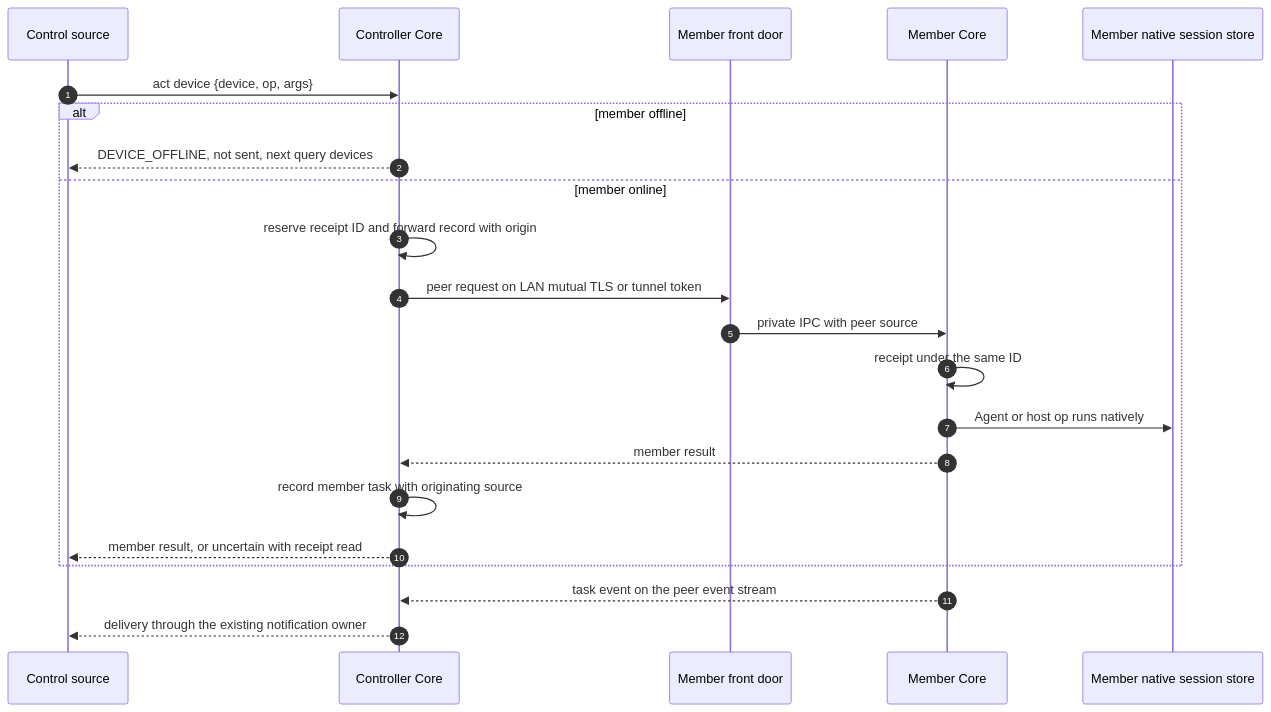
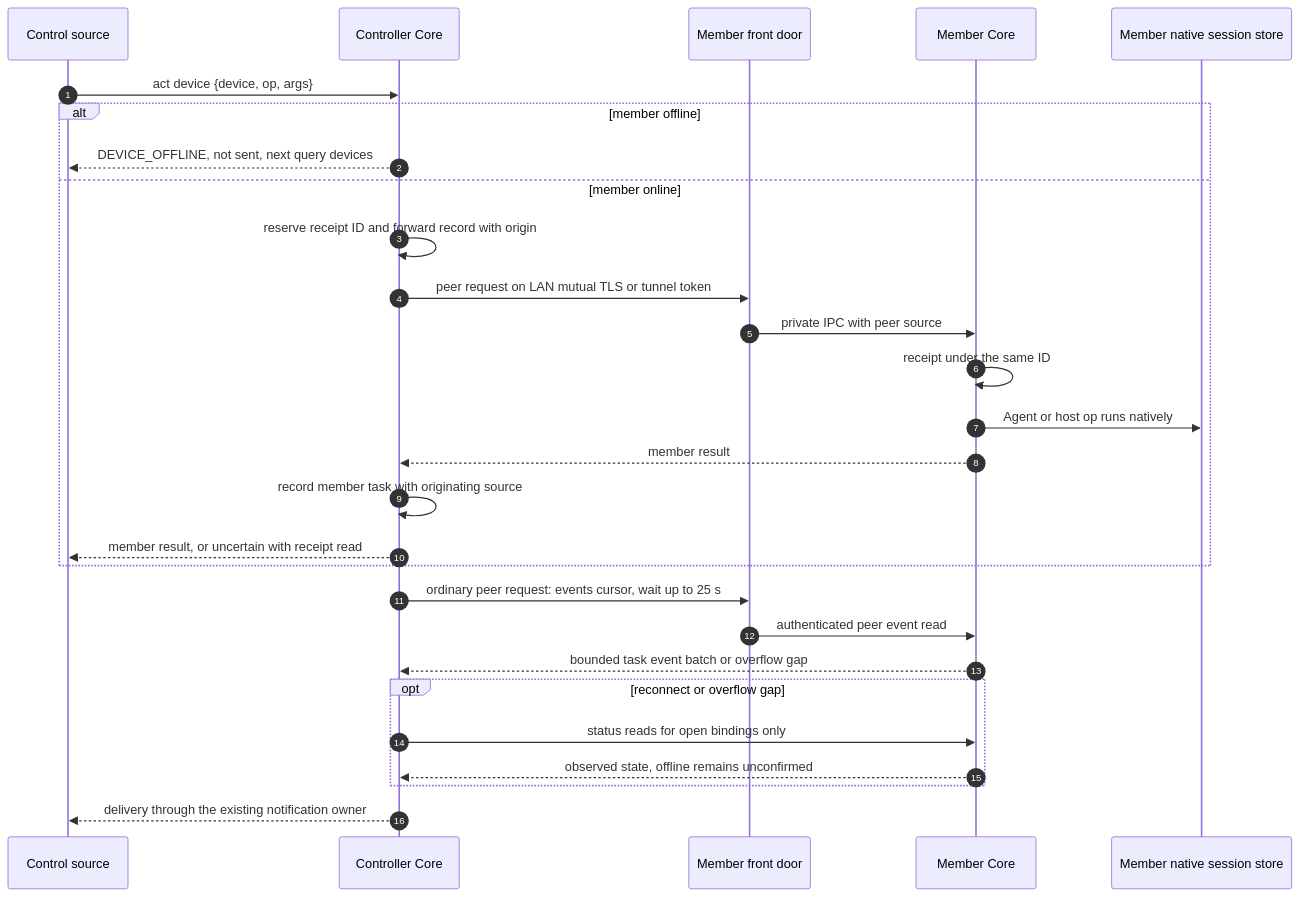
The diagram in arch/mechanisms/device-forward.mmd (whzxc/agent-remote-control), drawn with Mermaid before and after one commit. The commit also changed 19 other files, not shown here.

Commit message:
feat(device-link): deliver member task events through controller

```diff
--- a/arch/mechanisms/device-forward.mmd
+++ b/arch/mechanisms/device-forward.mmd
@@ -1,24 +1,30 @@
 %% Device forward (layer 2): one control-source write forwarded from the controller to a member.
 %% Index and code mapping: docs/dev/arch-assets.md
 sequenceDiagram
   autonumber
   participant S as Control source
   participant C as Controller Core
   participant M as Member front door
   participant R as Member Core
   participant N as Member native session store
   S->>C: act device {device, op, args}
   alt member offline
     C-->>S: DEVICE_OFFLINE, not sent, next query devices
   else member online
     C->>C: reserve receipt ID and forward record with origin
     C->>M: peer request on LAN mutual TLS or tunnel token
     M->>R: private IPC with peer source
     R->>R: receipt under the same ID
     R->>N: Agent or host op runs natively
     R-->>C: member result
     C->>C: record member task with originating source
     C-->>S: member result, or uncertain with receipt read
   end
-  R-->>C: task event on the peer event stream
+  C->>M: ordinary peer request: events cursor, wait up to 25 s
+  M->>R: authenticated peer event read
+  R-->>C: bounded task event batch or overflow gap
+  opt reconnect or overflow gap
+    C->>R: status reads for open bindings only
+    R-->>C: observed state, offline remains unconfirmed
+  end
   C-->>S: delivery through the existing notification owner
```
